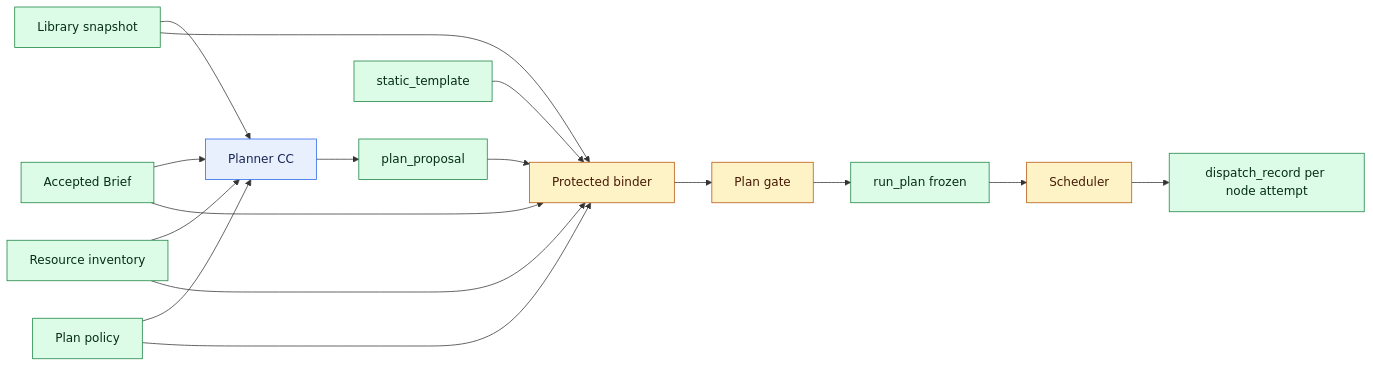
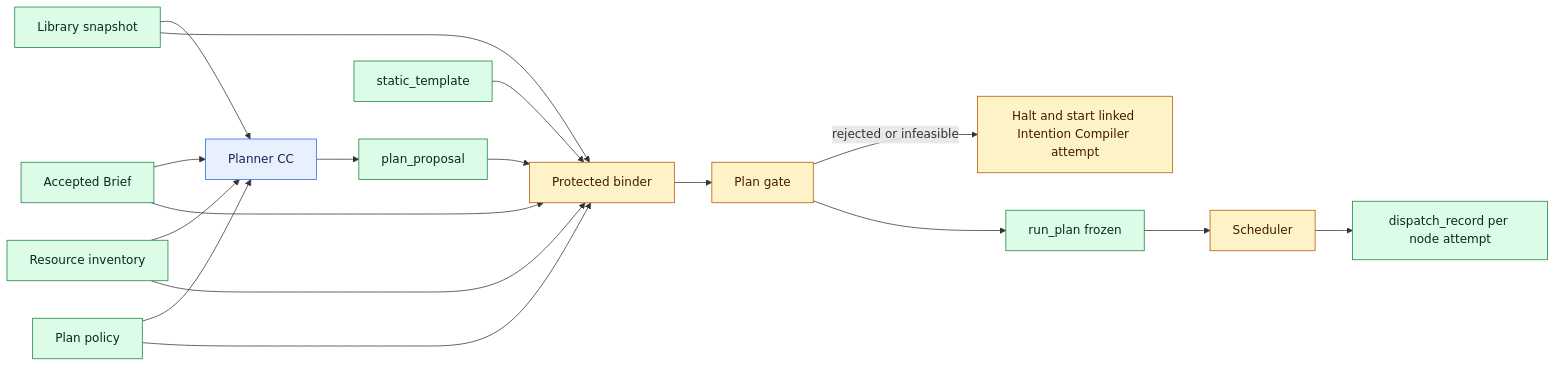
One commit to Stellven/jiuwenswarm changed the diagram in docs/architecture/design-package/reference/run-plan.md. Above: the diagram before and after it, drawn with Mermaid. The commit also changed 86 other files, not shown here.

Commit message:
docs: fix stale diagrams and matching prose; re-render all views

````diff
--- a/docs/architecture/design-package/reference/run-plan.md
+++ b/docs/architecture/design-package/reference/run-plan.md
@@ -22,24 +22,25 @@
 ```mermaid
 flowchart LR
     B[Accepted Brief] --> P[Planner CC]
     L[Library snapshot] --> P
     R[Resource inventory] --> P
     O[Plan policy] --> P
     P --> PP[plan_proposal]
     T[static_template] --> BI
     PP --> BI[Protected binder]
     L --> BI
     R --> BI
     O --> BI
     B --> BI
     BI --> G[Plan gate]
+    G -->|rejected or infeasible| X[Halt and start linked Intention Compiler attempt]
     G --> RP[run_plan frozen]
     RP --> S[Scheduler]
     S --> D[dispatch_record per node attempt]
     classDef work fill:#E8F0FE,stroke:#2563EB,color:#172554
     classDef control fill:#FEF3C7,stroke:#B45309,color:#451A03
     classDef data fill:#DCFCE7,stroke:#15803D,color:#052E16
     class P work
-    class BI,G,S control
+    class BI,G,S,X control
     class B,L,R,O,PP,T,RP,D data
 ```
````
